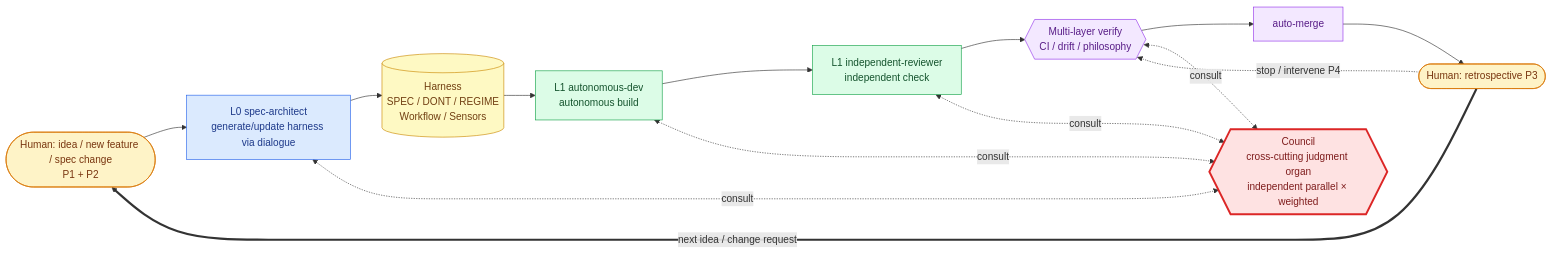
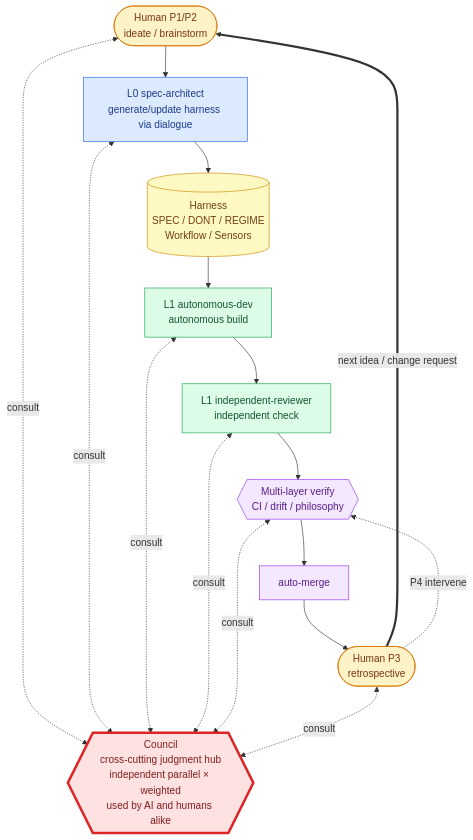
Before and after one commit to samejima-ai/dialog-harness: the diagram in README.en.md, drawn with Mermaid. The commit also changed other lines of this file and 1 other file, not shown here.

Commit message:
docs(readme): Council as central hub — humans can consult too
ユーザーフィードバック反映:
1. Council は AI ノードだけでなく人間自身も使える判断ハブ
2. council を中心にサイクルが回る構造を可視化

flow 図変更:
- TB layout に変更、COUNCIL を最上位に配置（中央ハブとして視覚的に支配）
- COUNCIL stroke-width: 3 → 4 でさらに強調
- H1 (P1/P2) と H3 (P3) からも COUNCIL に双方向諮問破線を追加
  → 人間が「迷ったら Council に投げる」経路を明示

説明テキスト変更:
- 「Council = 中央の判断ハブ」を冒頭に。AI ノード諮問の他、人間からも
  「設計に迷う」「方針に不安」等の認知負荷削減用途で諮問可能と明文化
- 「サイクルは Council を中心に回る」結語を追加

Council セクション本文:
- 「AI に肩代わりさせる合議機構 + 人間自身も使える判断ハブ」に補強
- 利用者×場面の対応表を追加（AI ノード / 人間それぞれの諮問場面）

````diff
--- a/README.en.md
+++ b/README.en.md
@@ -78,25 +78,28 @@
 ```mermaid
-flowchart LR
-    H1([Human: idea / new feature / spec change<br/>P1 + P2]):::human --> L0
+flowchart TB
+    COUNCIL{{Council<br/>cross-cutting judgment hub<br/>independent parallel × weighted<br/>used by AI and humans alike}}:::council
+
+    H1([Human P1/P2<br/>ideate / brainstorm]):::human --> L0
     L0[L0 spec-architect<br/>generate/update harness via dialogue]:::l0 --> HARNESS[(Harness<br/>SPEC / DONT / REGIME<br/>Workflow / Sensors)]:::harness
     HARNESS --> L1[L1 autonomous-dev<br/>autonomous build]:::l1
     L1 --> REVIEW[L1 independent-reviewer<br/>independent check]:::l1
     REVIEW --> VERIFY{{Multi-layer verify<br/>CI / drift / philosophy}}:::cc
     VERIFY --> MERGE[auto-merge]:::cc
-    MERGE --> H3([Human: retrospective P3]):::human
+    MERGE --> H3([Human P3<br/>retrospective]):::human
     H3 == next idea / change request ==> H1
-    H3 -.stop / intervene P4.-> VERIFY
+    H3 -. P4 intervene .-> VERIFY
 
-    COUNCIL{{Council<br/>cross-cutting judgment organ<br/>independent parallel × weighted}}:::council
+    H1 <-. consult .-> COUNCIL
     L0 <-. consult .-> COUNCIL
     L1 <-. consult .-> COUNCIL
     REVIEW <-. consult .-> COUNCIL
     VERIFY <-. consult .-> COUNCIL
+    H3 <-. consult .-> COUNCIL
 
     classDef human fill:#fef3c7,stroke:#d97706,color:#78350f
     classDef l0 fill:#dbeafe,stroke:#2563eb,color:#1e3a8a
     classDef l1 fill:#dcfce7,stroke:#16a34a,color:#14532d
     classDef harness fill:#fef9c3,stroke:#ca8a04,color:#713f12
     classDef cc fill:#f3e8ff,stroke:#9333ea,color:#581c87
-    classDef council fill:#fee2e2,stroke:#dc2626,color:#7f1d1d,stroke-width:3px
+    classDef council fill:#fee2e2,stroke:#dc2626,color:#7f1d1d,stroke-width:4px
 ```
````
